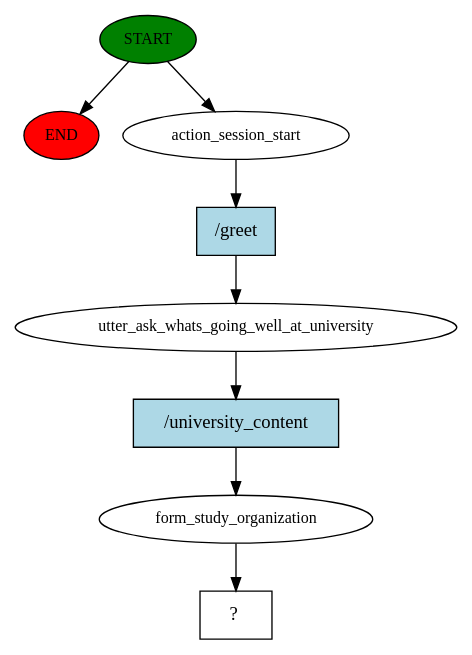
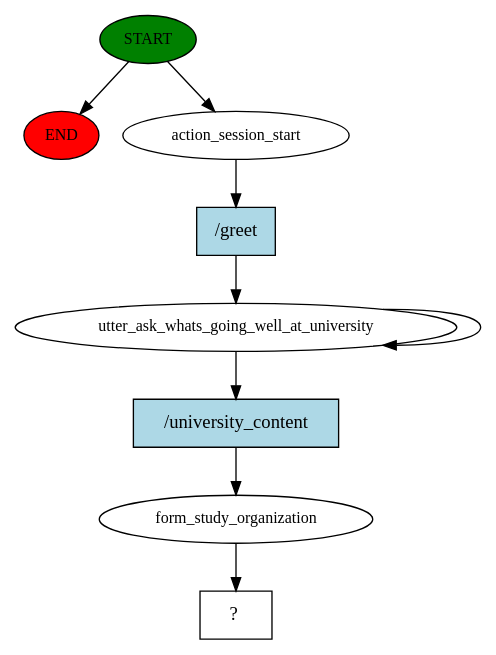
The diagram in project-neo-test-1/story_graph.dot (michaeleggers/RasaIntro), drawn with Graphviz before and after one commit. The commit also changed 3 other files, not shown here.

```diff
--- a/project-neo-test-1/story_graph.dot
+++ b/project-neo-test-1/story_graph.dot
@@ -1,17 +1,18 @@
 digraph  {
 0 [class="start active", fillcolor=green, fontsize=12, label=START, style=filled];
 "-1" [class=end, fillcolor=red, fontsize=12, label=END, style=filled];
 1 [class=active, fontsize=12, label=action_session_start];
 2 [class=active, fontsize=12, label=utter_ask_whats_going_well_at_university];
-3 [class=active, fontsize=12, label=form_study_organization];
-4 [class="intent dashed active", label="  ?  ", shape=rect];
-5 [class="intent active", fillcolor=lightblue, label="/greet", shape=rect, style=filled];
-6 [class="intent active", fillcolor=lightblue, label="/university_content", shape=rect, style=filled];
+4 [class=active, fontsize=12, label=form_study_organization];
+5 [class="intent dashed active", label="  ?  ", shape=rect];
+6 [class="intent active", fillcolor=lightblue, label="/greet", shape=rect, style=filled];
+7 [class="intent active", fillcolor=lightblue, label="/university_content", shape=rect, style=filled];
 0 -> "-1"  [class="", key=NONE, label=""];
 0 -> 1  [class=active, key=NONE, label=""];
-1 -> 5  [class=active, key=0];
-2 -> 6  [class=active, key=0];
-3 -> 4  [class=active, key=NONE, label=""];
-5 -> 2  [class=active, key=0];
-6 -> 3  [class=active, key=0];
+1 -> 6  [class=active, key=0];
+2 -> 2  [class=active, key=NONE, label=""];
+2 -> 7  [class=active, key=0];
+4 -> 5  [class=active, key=NONE, label=""];
+6 -> 2  [class=active, key=0];
+7 -> 4  [class=active, key=0];
 }
```
